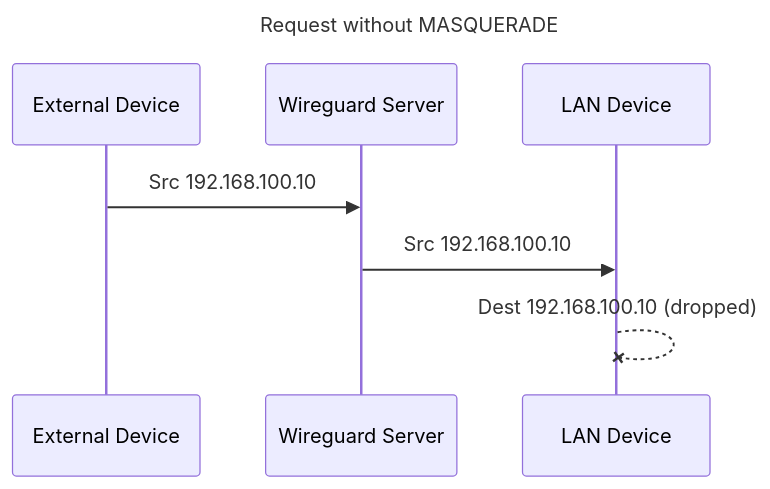
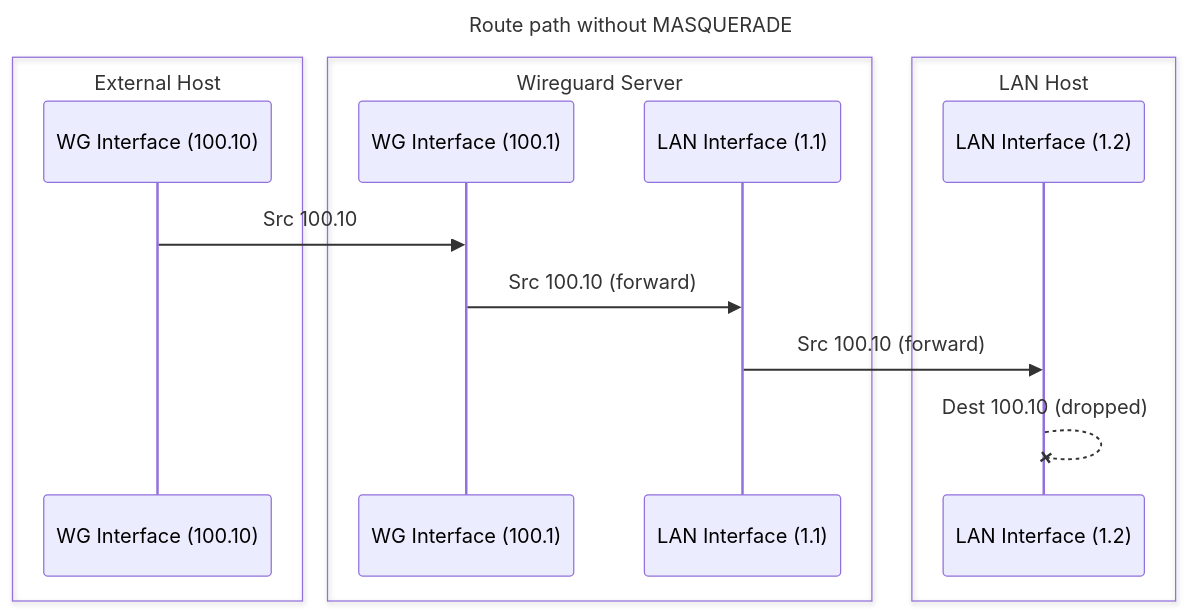
One commit to j-krl/blog changed the fourth of 5 diagrams in _posts/2026-05-08-hub-and-spoke-architecture.md. Above: the diagram before and after it, drawn with Mermaid. The commit also changed other lines of this file, not shown here.

Commit message:
diagrams are chefs kiss

```diff
--- a/_posts/2026-05-08-hub-and-spoke-architecture.md
+++ b/_posts/2026-05-08-hub-and-spoke-architecture.md
@@ -116,12 +127,20 @@
 <pre class="mermaid" style="text-align: center;">
 ---
-title: Request without MASQUERADE
+title: Route path without MASQUERADE
 ---
 sequenceDiagram
-    participant EC as External Device
-    participant WS as Wireguard Server
-    participant N1 as LAN Device
-    EC->>WS: Src 192.168.100.10
-    WS->>N1: Src 192.168.100.10
-    N1--xN1: Dest 192.168.100.10 (dropped)
+    box External Host
+    participant EC as WG Interface (100.10)
+    end
+    box Wireguard Server
+    participant WS as WG Interface (100.1)
+    participant WL as LAN Interface (1.1)
+    end
+    box LAN Host
+    participant N1 as LAN Interface (1.2)
+    end
+    EC->>WS: Src 100.10
+    WS->>WL: Src 100.10 (forward)
+    WL->>N1: Src 100.10 (forward)
+    N1--xN1: Dest 100.10 (dropped)
 </pre>
```
